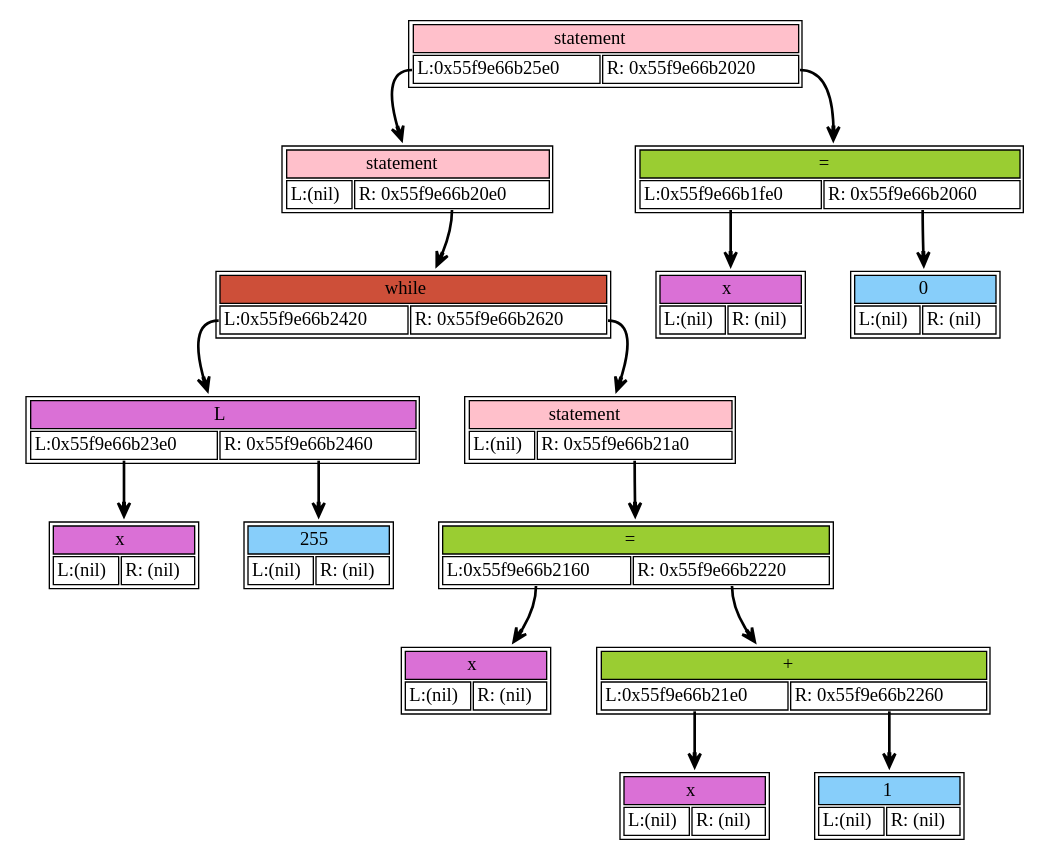
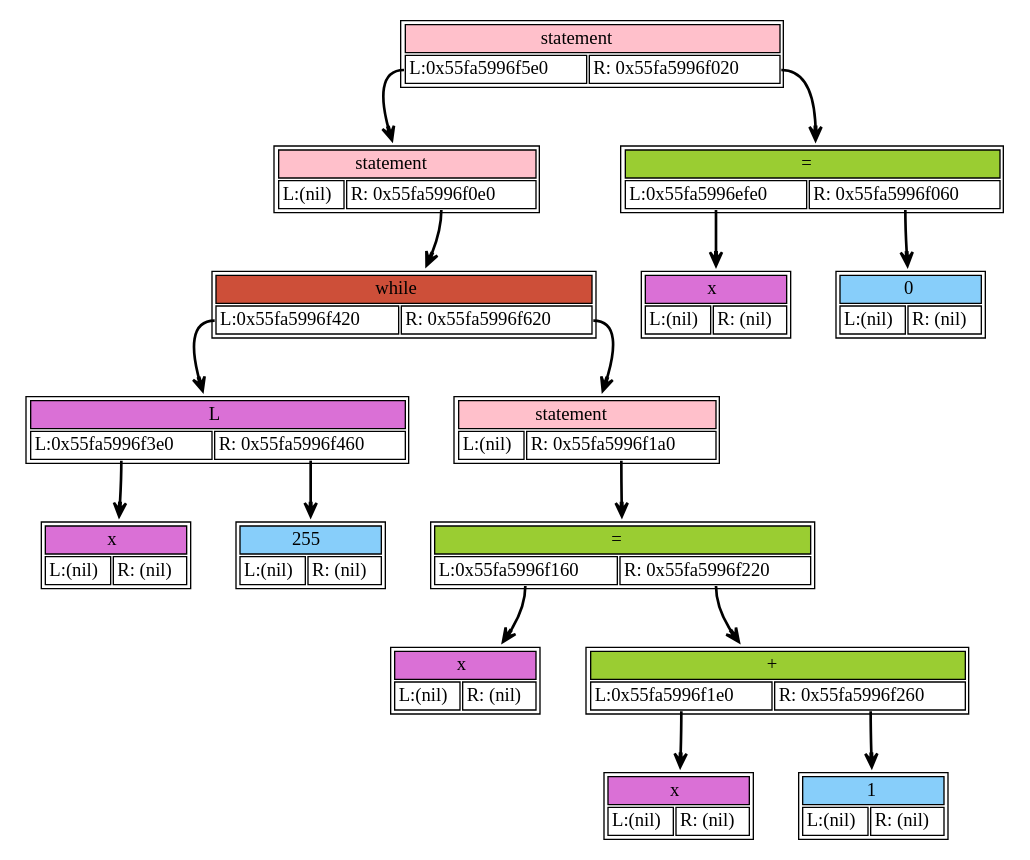
Before and after one commit to Varnike/language: the diagram in dump/dump.dot, drawn with Graphviz. The commit also changed 6 other files, not shown here.

```diff
--- a/dump/dump.dot
+++ b/dump/dump.dot
@@ -1,92 +1,92 @@
 digraph dump_graph {
 	rankdir=TV; 
-node0x55f9e66b25e0 [shape=plaintext
+node0x55fa5996f5e0 [shape=plaintext
 					label=<<table border='1' cellborder='1'>
 			<tr><td colspan="2" bgcolor="pink" > statement</td></tr>
-					<tr><td port= "lchild">L:(nil)</td><td port="rchild">R: 0x55f9e66b20e0</td></tr>
+					<tr><td port= "lchild">L:(nil)</td><td port="rchild">R: 0x55fa5996f0e0</td></tr>
 				</table>>];
-		node0x55f9e66b25e0:rchild -> node0x55f9e66b20e0[style=bold, arrowhead=vee];
-node0x55f9e66b23e0 [shape=plaintext
+		node0x55fa5996f5e0:rchild -> node0x55fa5996f0e0[style=bold, arrowhead=vee];
+node0x55fa5996f3e0 [shape=plaintext
 					label=<<table border='1' cellborder='1'>
 			<tr><td colspan="2" bgcolor="orchid" > x</td></tr>
 					<tr><td port= "lchild">L:(nil)</td><td port="rchild">R: (nil)</td></tr>
 				</table>>];
-node0x55f9e66b2420 [shape=plaintext
+node0x55fa5996f420 [shape=plaintext
 					label=<<table border='1' cellborder='1'>
 			<tr><td colspan="2" bgcolor="orchid" > L</td></tr>
-					<tr><td port= "lchild">L:0x55f9e66b23e0</td><td port="rchild">R: 0x55f9e66b2460</td></tr>
+					<tr><td port= "lchild">L:0x55fa5996f3e0</td><td port="rchild">R: 0x55fa5996f460</td></tr>
 				</table>>];
-		node0x55f9e66b2420:lchild -> node0x55f9e66b23e0[style=bold, arrowhead=vee];
-		node0x55f9e66b2420:rchild -> node0x55f9e66b2460[style=bold, arrowhead=vee];
-node0x55f9e66b2460 [shape=plaintext
+		node0x55fa5996f420:lchild -> node0x55fa5996f3e0[style=bold, arrowhead=vee];
+		node0x55fa5996f420:rchild -> node0x55fa5996f460[style=bold, arrowhead=vee];
+node0x55fa5996f460 [shape=plaintext
 					label=<<table border='1' cellborder='1'>
 			<tr><td colspan="2" bgcolor="lightskyblue" >255</td></tr>
 					<tr><td port= "lchild">L:(nil)</td><td port="rchild">R: (nil)</td></tr>
 				</table>>];
-node0x55f9e66b20e0 [shape=plaintext
+node0x55fa5996f0e0 [shape=plaintext
 					label=<<table border='1' cellborder='1'>
 			<tr><td colspan="2" bgcolor="tomato3" > while</td></tr>
-					<tr><td port= "lchild">L:0x55f9e66b2420</td><td port="rchild">R: 0x55f9e66b2620</td></tr>
+					<tr><td port= "lchild">L:0x55fa5996f420</td><td port="rchild">R: 0x55fa5996f620</td></tr>
 				</table>>];
-		node0x55f9e66b20e0:lchild -> node0x55f9e66b2420[style=bold, arrowhead=vee];
-		node0x55f9e66b20e0:rchild -> node0x55f9e66b2620[style=bold, arrowhead=vee];
-node0x55f9e66b2620 [shape=plaintext
+		node0x55fa5996f0e0:lchild -> node0x55fa5996f420[style=bold, arrowhead=vee];
+		node0x55fa5996f0e0:rchild -> node0x55fa5996f620[style=bold, arrowhead=vee];
+node0x55fa5996f620 [shape=plaintext
 					label=<<table border='1' cellborder='1'>
 			<tr><td colspan="2" bgcolor="pink" > statement</td></tr>
-					<tr><td port= "lchild">L:(nil)</td><td port="rchild">R: 0x55f9e66b21a0</td></tr>
+					<tr><td port= "lchild">L:(nil)</td><td port="rchild">R: 0x55fa5996f1a0</td></tr>
 				</table>>];
-		node0x55f9e66b2620:rchild -> node0x55f9e66b21a0[style=bold, arrowhead=vee];
-node0x55f9e66b2160 [shape=plaintext
+		node0x55fa5996f620:rchild -> node0x55fa5996f1a0[style=bold, arrowhead=vee];
+node0x55fa5996f160 [shape=plaintext
 					label=<<table border='1' cellborder='1'>
 			<tr><td colspan="2" bgcolor="orchid" > x</td></tr>
 					<tr><td port= "lchild">L:(nil)</td><td port="rchild">R: (nil)</td></tr>
 				</table>>];
-node0x55f9e66b21a0 [shape=plaintext
+node0x55fa5996f1a0 [shape=plaintext
 					label=<<table border='1' cellborder='1'>
 			<tr><td colspan="2" bgcolor="olivedrab3" > =</td></tr>
-					<tr><td port= "lchild">L:0x55f9e66b2160</td><td port="rchild">R: 0x55f9e66b2220</td></tr>
+					<tr><td port= "lchild">L:0x55fa5996f160</td><td port="rchild">R: 0x55fa5996f220</td></tr>
 				</table>>];
-		node0x55f9e66b21a0:lchild -> node0x55f9e66b2160[style=bold, arrowhead=vee];
-		node0x55f9e66b21a0:rchild -> node0x55f9e66b2220[style=bold, arrowhead=vee];
-node0x55f9e66b21e0 [shape=plaintext
+		node0x55fa5996f1a0:lchild -> node0x55fa5996f160[style=bold, arrowhead=vee];
+		node0x55fa5996f1a0:rchild -> node0x55fa5996f220[style=bold, arrowhead=vee];
+node0x55fa5996f1e0 [shape=plaintext
 					label=<<table border='1' cellborder='1'>
 			<tr><td colspan="2" bgcolor="orchid" > x</td></tr>
 					<tr><td port= "lchild">L:(nil)</td><td port="rchild">R: (nil)</td></tr>
 				</table>>];
-node0x55f9e66b2220 [shape=plaintext
+node0x55fa5996f220 [shape=plaintext
 					label=<<table border='1' cellborder='1'>
 			<tr><td colspan="2" bgcolor="olivedrab3" > +</td></tr>
-					<tr><td port= "lchild">L:0x55f9e66b21e0</td><td port="rchild">R: 0x55f9e66b2260</td></tr>
+					<tr><td port= "lchild">L:0x55fa5996f1e0</td><td port="rchild">R: 0x55fa5996f260</td></tr>
 				</table>>];
-		node0x55f9e66b2220:lchild -> node0x55f9e66b21e0[style=bold, arrowhead=vee];
-		node0x55f9e66b2220:rchild -> node0x55f9e66b2260[style=bold, arrowhead=vee];
-node0x55f9e66b2260 [shape=plaintext
+		node0x55fa5996f220:lchild -> node0x55fa5996f1e0[style=bold, arrowhead=vee];
+		node0x55fa5996f220:rchild -> node0x55fa5996f260[style=bold, arrowhead=vee];
+node0x55fa5996f260 [shape=plaintext
 					label=<<table border='1' cellborder='1'>
 			<tr><td colspan="2" bgcolor="lightskyblue" >1</td></tr>
 					<tr><td port= "lchild">L:(nil)</td><td port="rchild">R: (nil)</td></tr>
 				</table>>];
-node0x55f9e66b25a0 [shape=plaintext
+node0x55fa5996f5a0 [shape=plaintext
 					label=<<table border='1' cellborder='1'>
 			<tr><td colspan="2" bgcolor="pink" > statement</td></tr>
-					<tr><td port= "lchild">L:0x55f9e66b25e0</td><td port="rchild">R: 0x55f9e66b2020</td></tr>
+					<tr><td port= "lchild">L:0x55fa5996f5e0</td><td port="rchild">R: 0x55fa5996f020</td></tr>
 				</table>>];
-		node0x55f9e66b25a0:lchild -> node0x55f9e66b25e0[style=bold, arrowhead=vee];
-		node0x55f9e66b25a0:rchild -> node0x55f9e66b2020[style=bold, arrowhead=vee];
-node0x55f9e66b1fe0 [shape=plaintext
+		node0x55fa5996f5a0:lchild -> node0x55fa5996f5e0[style=bold, arrowhead=vee];
+		node0x55fa5996f5a0:rchild -> node0x55fa5996f020[style=bold, arrowhead=vee];
+node0x55fa5996efe0 [shape=plaintext
 					label=<<table border='1' cellborder='1'>
 			<tr><td colspan="2" bgcolor="orchid" > x</td></tr>
 					<tr><td port= "lchild">L:(nil)</td><td port="rchild">R: (nil)</td></tr>
 				</table>>];
-node0x55f9e66b2020 [shape=plaintext
+node0x55fa5996f020 [shape=plaintext
 					label=<<table border='1' cellborder='1'>
 			<tr><td colspan="2" bgcolor="olivedrab3" > =</td></tr>
-					<tr><td port= "lchild">L:0x55f9e66b1fe0</td><td port="rchild">R: 0x55f9e66b2060</td></tr>
+					<tr><td port= "lchild">L:0x55fa5996efe0</td><td port="rchild">R: 0x55fa5996f060</td></tr>
 				</table>>];
-		node0x55f9e66b2020:lchild -> node0x55f9e66b1fe0[style=bold, arrowhead=vee];
-		node0x55f9e66b2020:rchild -> node0x55f9e66b2060[style=bold, arrowhead=vee];
-node0x55f9e66b2060 [shape=plaintext
+		node0x55fa5996f020:lchild -> node0x55fa5996efe0[style=bold, arrowhead=vee];
+		node0x55fa5996f020:rchild -> node0x55fa5996f060[style=bold, arrowhead=vee];
+node0x55fa5996f060 [shape=plaintext
 					label=<<table border='1' cellborder='1'>
 			<tr><td colspan="2" bgcolor="lightskyblue" >0</td></tr>
 					<tr><td port= "lchild">L:(nil)</td><td port="rchild">R: (nil)</td></tr>
 				</table>>];
 }
```
